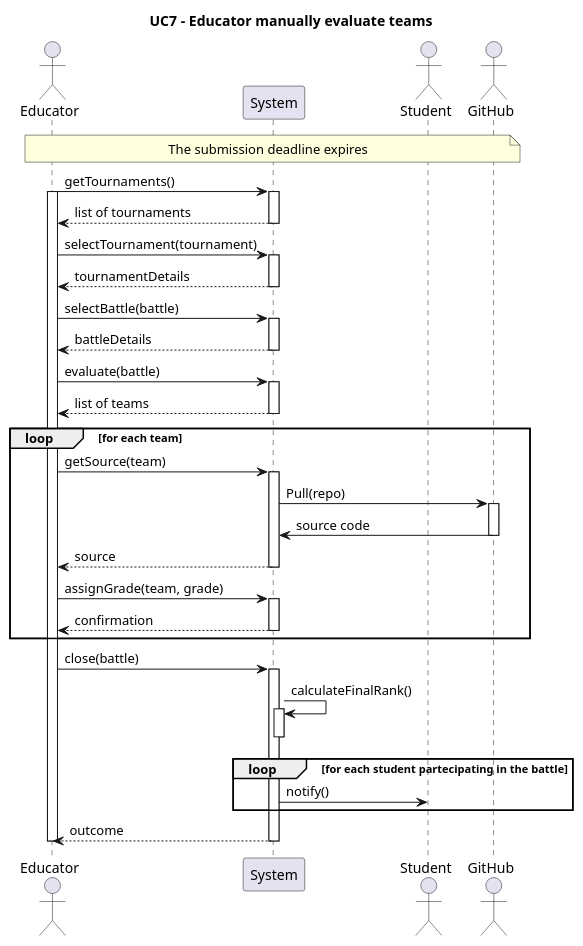
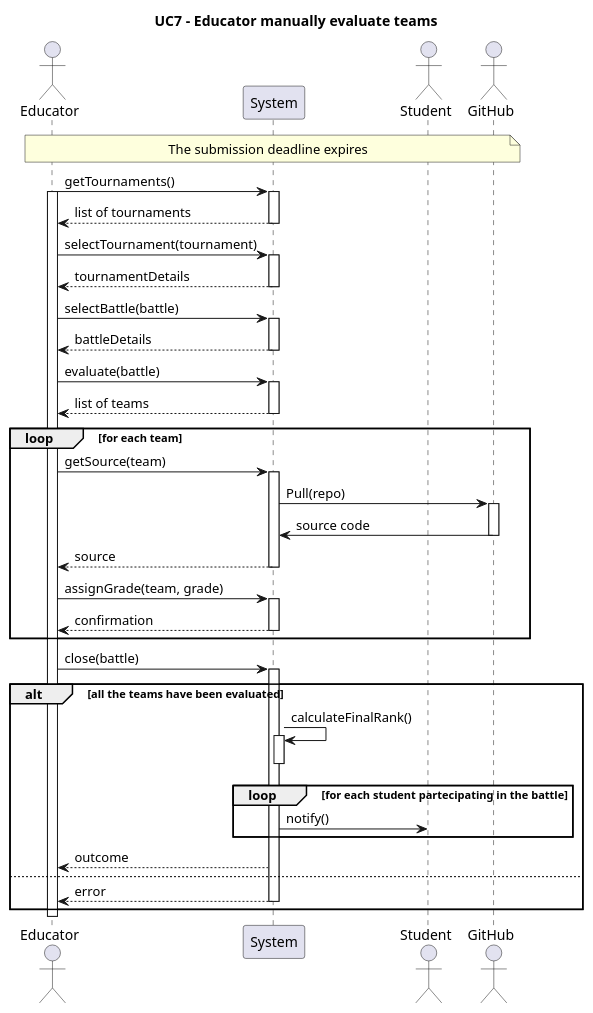
One commit to Furrrlo/CodeKataBattle changed the diagram in rasd/puml/UC7.puml. Above: the diagram before and after it, drawn with PlantUML. The commit also changed 1 other file, not shown here.

```diff
--- a/rasd/puml/UC7.puml
+++ b/rasd/puml/UC7.puml
@@ -1,49 +1,59 @@
 @startuml UC7
 title UC7 - Educator manually evaluate teams    
 actor Educator
 participant System
 actor Student
 actor GitHub
 
 note across: The submission deadline expires
 
 
 Educator -> System ++: getTournaments()
 activate Educator
 System --> Educator--: list of tournaments
 
 
 
 Educator -> System ++ : selectTournament(tournament)
 Educator <-- System -- : tournamentDetails
 
 Educator -> System ++ : selectBattle(battle)
 Educator <-- System -- : battleDetails
 
 Educator -> System ++ : evaluate(battle)
 Educator <-- System -- : list of teams
 
 loop for each team
     Educator -> System ++ : getSource(team)
     System -> GitHub ++: Pull(repo)
     System <- GitHub --: source code
     Educator <-- System -- : source
 
     Educator -> System ++ : assignGrade(team, grade)
     Educator <-- System -- : confirmation
 end
 
-Educator -> System ++ : close(battle)
-
-System -> System ++ : calculateFinalRank()
-deactivate System
-
-loop for each student partecipating in the battle
-    System -> Student : notify()
-end
 
 
 
-Educator <-- System -- : outcome
+Educator -> System ++ : close(battle)
+
+alt all the teams have been evaluated
+
+    System -> System ++ : calculateFinalRank()
+    deactivate System
+
+    loop for each student partecipating in the battle
+        System -> Student : notify()
+    end
+
+
+
+    Educator <-- System  : outcome
+else 
+Educator <-- System -- : error
+
+
+end
 deactivate Educator
 @enduml
```
